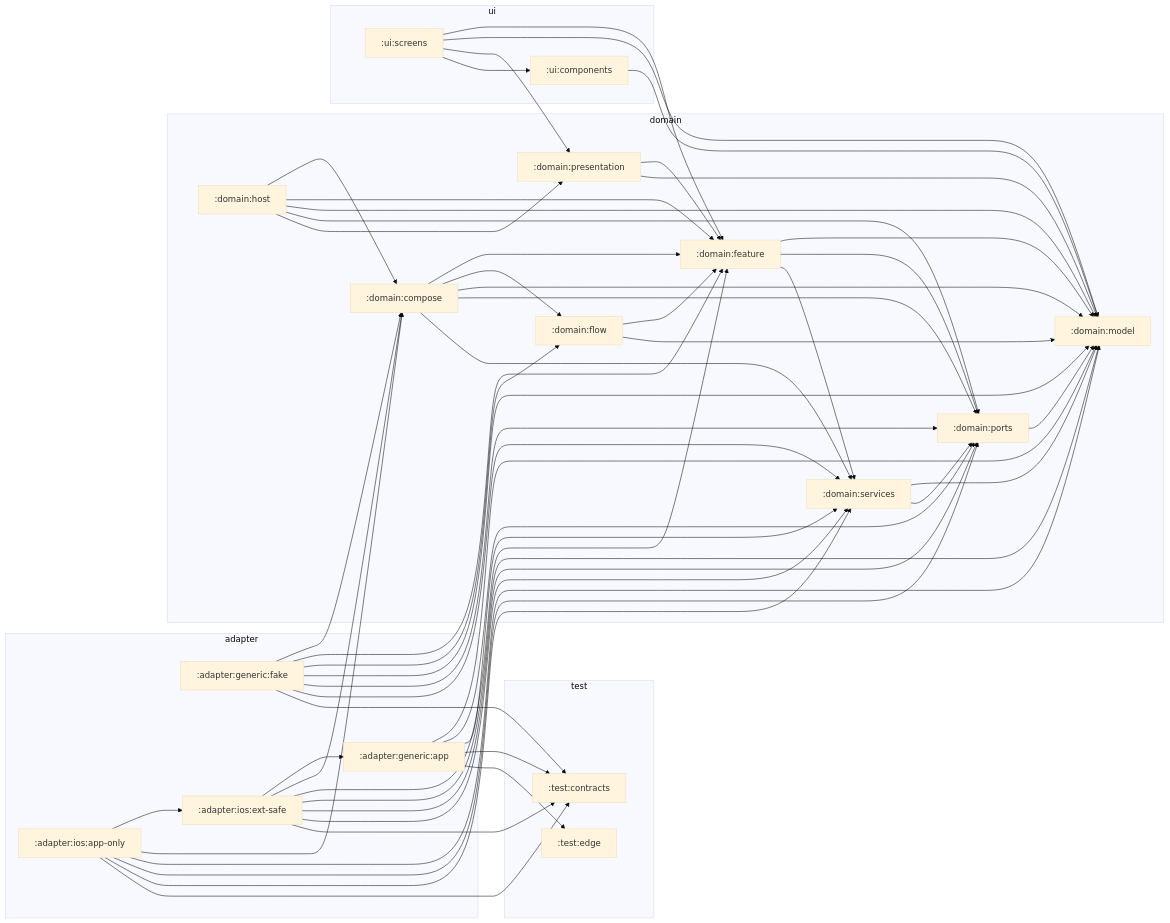
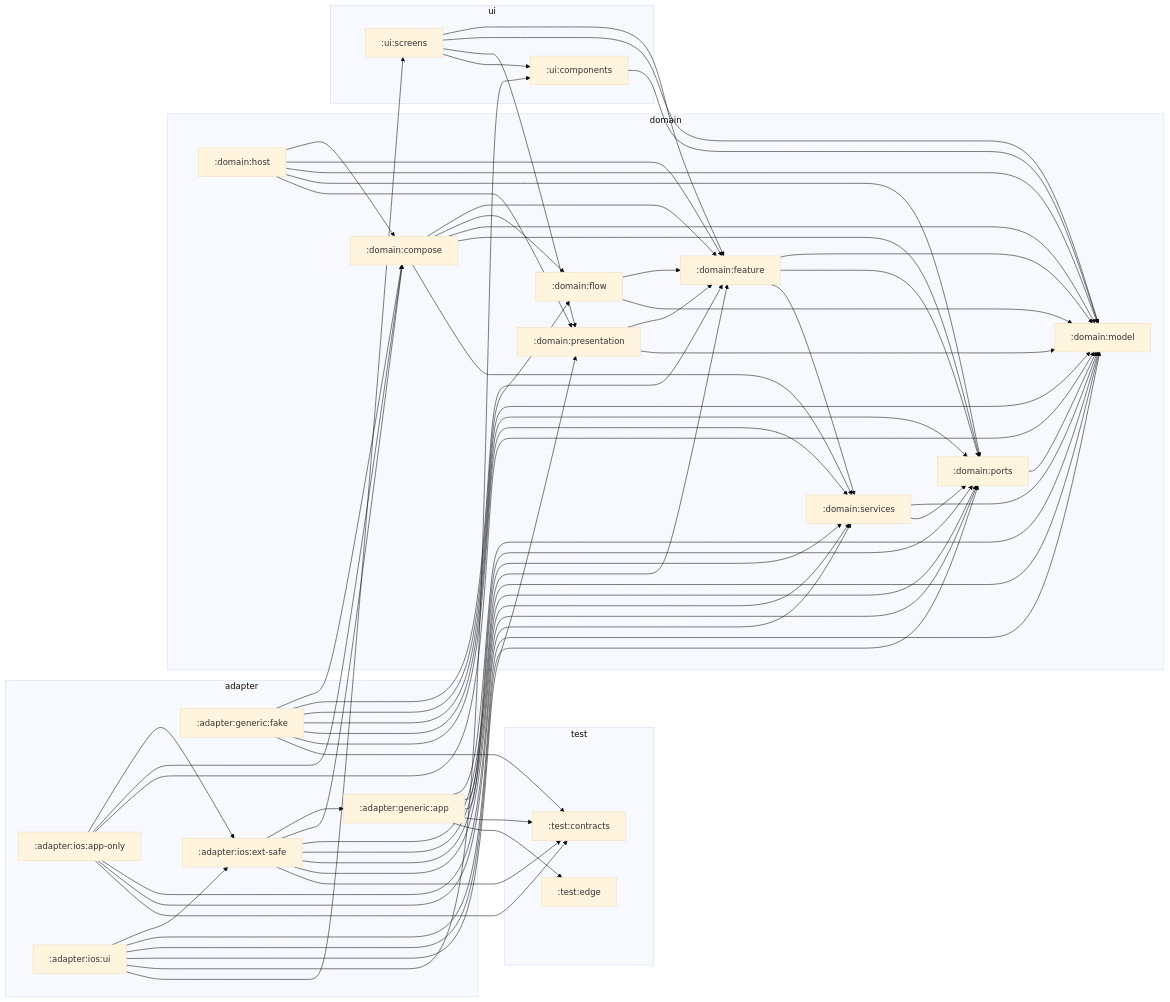
One commit to stefanhoelzl/SnapSync changed the diagram in architecture/zones.md. Above: the diagram before and after it, drawn with Mermaid (base theme). The commit also changed 67 other files, not shown here.

```diff
--- a/architecture/zones.md
+++ b/architecture/zones.md
@@ -12,6 +12,7 @@
     adapter_generic_fake[":adapter:generic:fake"]
     adapter_ios_app_only[":adapter:ios:app-only"]
     adapter_ios_ext_safe[":adapter:ios:ext-safe"]
+    adapter_ios_ui[":adapter:ios:ui"]
   end
   subgraph domain
     domain_compose[":domain:compose"]
@@ -56,6 +57,12 @@
   adapter_ios_ext_safe --> domain_ports
   adapter_ios_ext_safe --> domain_services
   adapter_ios_ext_safe --> test_contracts
+  adapter_ios_ui --> adapter_ios_ext_safe
+  adapter_ios_ui --> domain_model
+  adapter_ios_ui --> domain_ports
+  adapter_ios_ui --> domain_presentation
+  adapter_ios_ui --> ui_components
+  adapter_ios_ui --> ui_screens
   domain_compose --> domain_feature
   domain_compose --> domain_flow
   domain_compose --> domain_model
```
